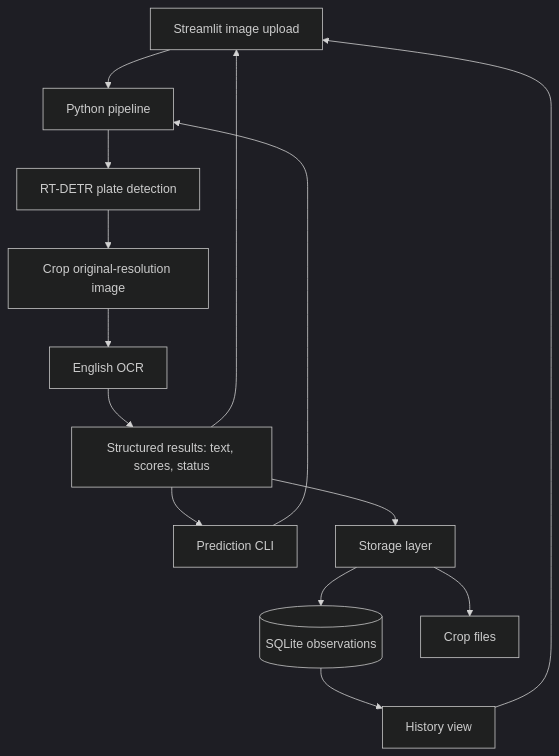
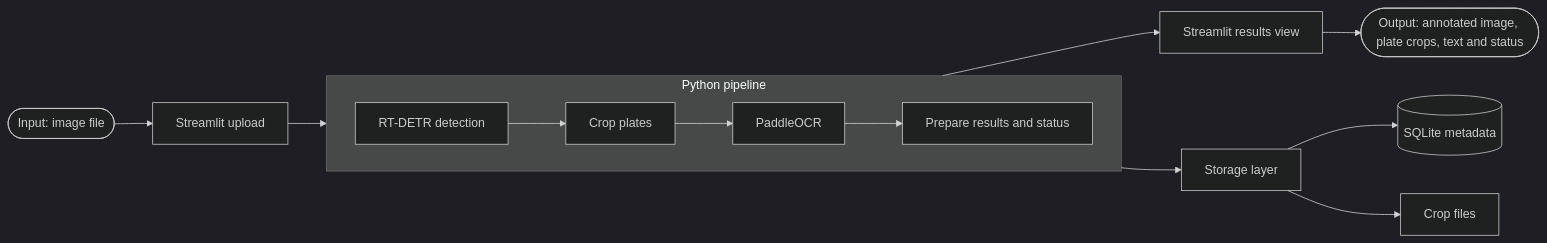
The diagram in docs/architecture.md (AlexanderAung/ai-parking-monitoring-system), drawn with Mermaid (dark theme) before and after one commit. The commit also changed other lines of this file and 6 other files, not shown here.

````diff
--- a/docs/architecture.md
+++ b/docs/architecture.md
@@ -5,16 +5,19 @@
 ```mermaid
-flowchart TD
-    UI[Streamlit image upload] --> P[Python pipeline]
-    CLI[Prediction CLI] --> P
-    P --> D[RT-DETR plate detection]
-    D --> C[Crop original-resolution image]
-    C --> O[English OCR]
-    O --> R[Structured results: text, scores, status]
-    R --> UI
-    R --> CLI
-    R --> S[Storage layer]
-    S --> DB[(SQLite observations)]
-    S --> F[Crop files]
-    DB --> H[History view]
-    H --> UI
+flowchart LR
+    IN([Input: image file]) --> UP[Streamlit upload]
+
+    subgraph PIPE["Python pipeline"]
+        direction LR
+        D[RT-DETR detection] --> C[Crop plates]
+        C --> O[PaddleOCR]
+        O --> R[Prepare results and status]
+    end
+
+    UP --> D
+    R --> VIEW[Streamlit results view]
+    VIEW --> OUT([Output: annotated image, plate crops, text and status])
+
+    R --> SAVE[Storage layer]
+    SAVE --> DB[(SQLite metadata)]
+    SAVE --> FILES[Crop files]
 ```
````
